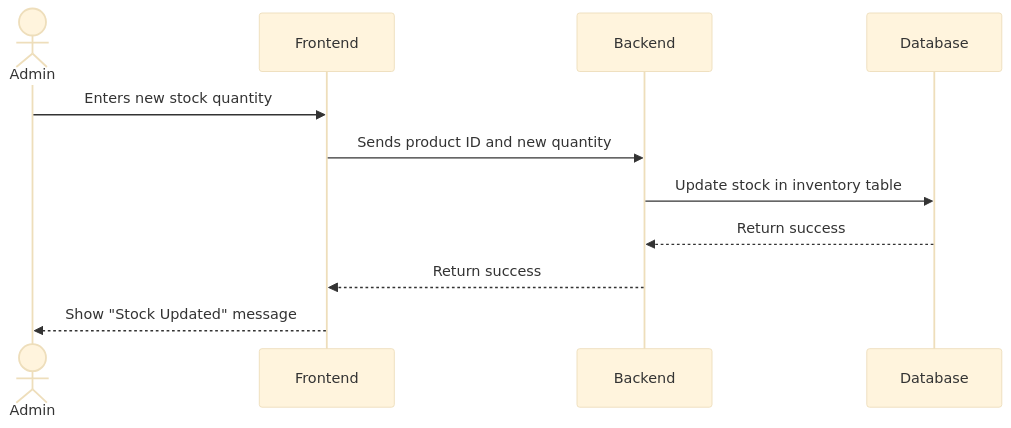
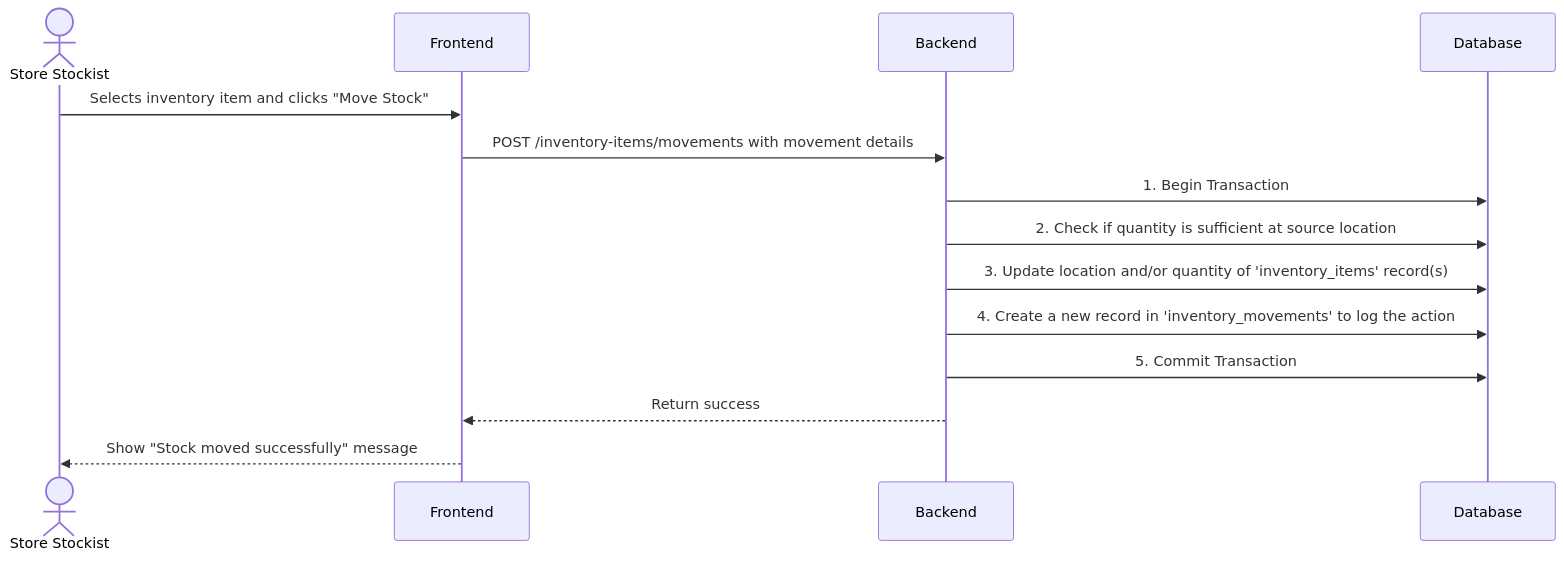
One commit to rohitagarwal-gkmit/retailpulse-docs changed the fourth of 6 diagrams in docs/technical/data_flow.md. Above: the diagram before and after it, drawn with Mermaid. The commit also changed other lines of this file and 8 other files, not shown here.

Commit message:
[refactor]: update future enhancements, index overview, API design, authentication flow, data flow diagrams, schema design, and use cases to detail for multi-store management and inventory tracking.

````diff
--- a/docs/technical/data_flow.md
+++ b/docs/technical/data_flow.md
@@ -78,15 +84,19 @@
 ```mermaid
-%%{init: {'theme':'base', 'themeVariables': { 'fontSize':'18px', 'fontFamily':'Arial'}}}%%
 sequenceDiagram
-    actor Admin
+    actor Store Stockist
     participant UI as Frontend
     participant API as Backend
     participant DB as Database
 
-    Admin->>UI: Enters new stock quantity
-    UI->>API: Sends product ID and new quantity
-    API->>DB: Update stock in inventory table
-    DB-->>API: Return success
+    Store Stockist->>UI: Selects inventory item and clicks "Move Stock"
+    UI->>API: POST /inventory-items/movements with movement details
+    
+    API->>DB: 1. Begin Transaction
+    API->>DB: 2. Check if quantity is sufficient at source location
+    API->>DB: 3. Update location and/or quantity of 'inventory_items' record(s)
+    API->>DB: 4. Create a new record in 'inventory_movements' to log the action
+    API->>DB: 5. Commit Transaction
+    
     API-->>UI: Return success
-    UI-->>Admin: Show "Stock Updated" message
+    UI-->>Store Stockist: Show "Stock moved successfully" message
 ```
````
